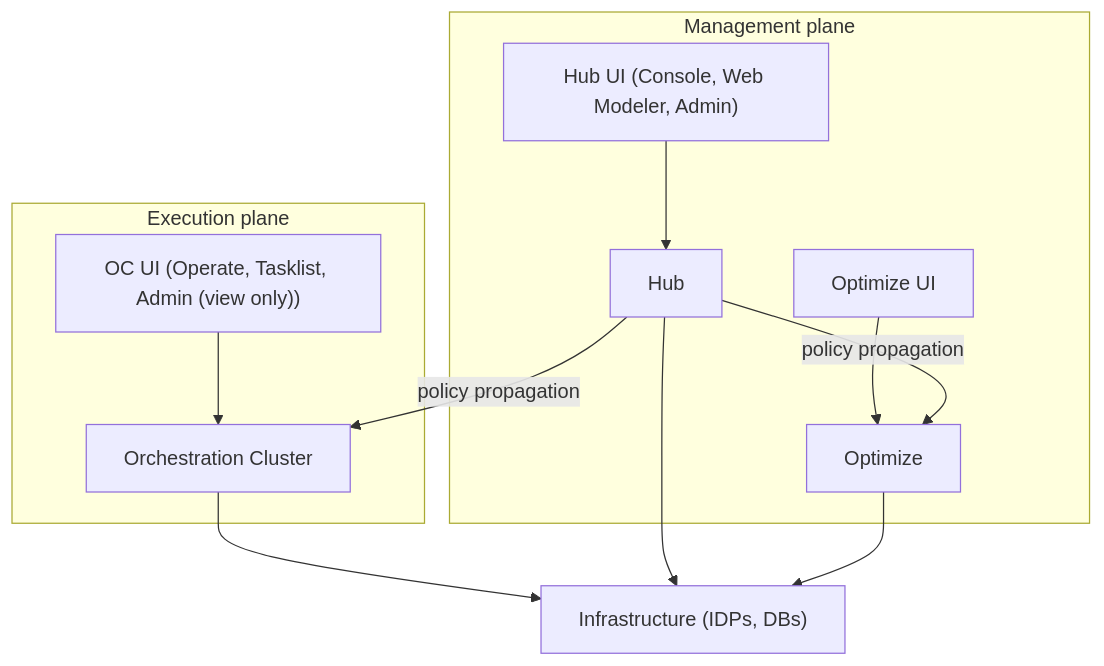
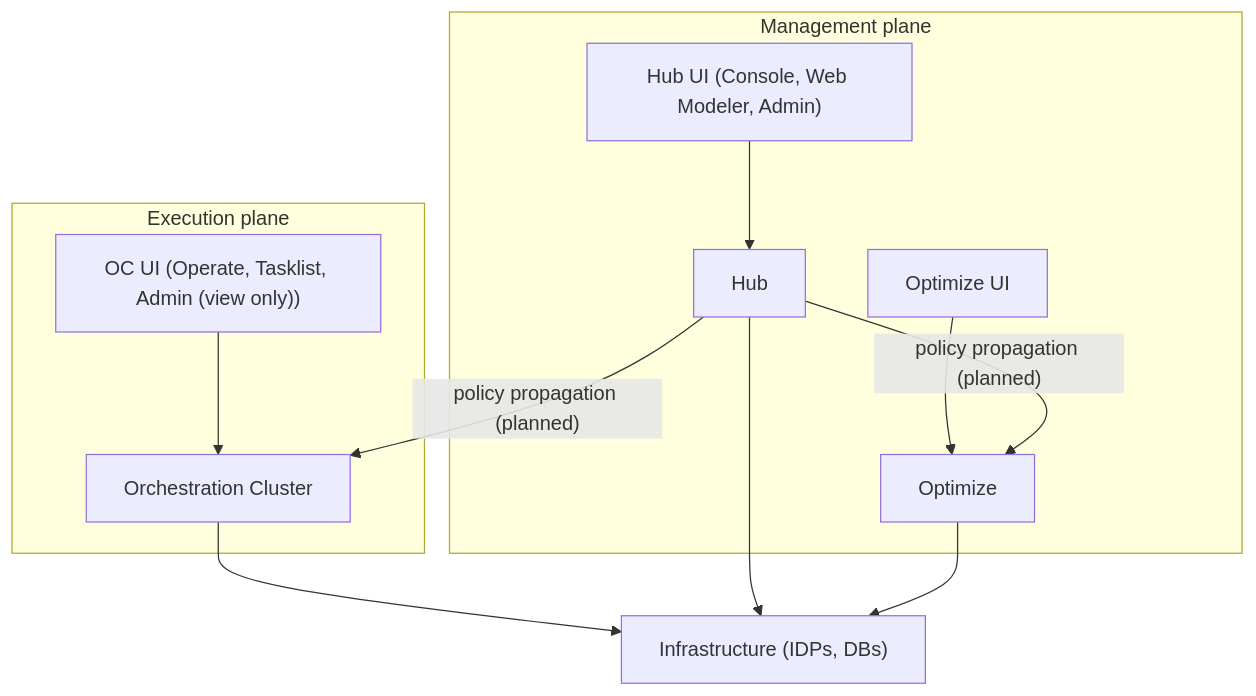
One commit to camunda/camunda-security-library changed the first of 3 diagrams in docs/architecture/04-system-context.md. Above: the diagram before and after it, drawn with Mermaid. The commit also changed other lines of this file and 24 other files, not shown here.

First line of the commit message:
docs(architecture): describe post-8.10 rollout state and retire the Security Engine Framework

````diff
--- a/docs/architecture/04-system-context.md
+++ b/docs/architecture/04-system-context.md
@@ -15,28 +21,28 @@
 ```mermaid
 flowchart TB
 
   subgraph Mgmt["Management plane"]
     HubUi["Hub UI (Console, Web Modeler, Admin)"] 
     Hub["Hub"] 
     OptUi["Optimize UI"]
     Optimize["Optimize"] 
     HubUi --> Hub
     OptUi --> Optimize
   end
 
   subgraph Execution["Execution plane"]
     OcUi["OC UI (Operate, Tasklist, Admin (view only))"]
 
     OC["Orchestration Cluster"]
 
     OcUi --> OC
   end
 
   Infra["Infrastructure (IDPs, DBs)"]
 
-  Hub -->|"policy propagation"| OC
-  Hub -->|"policy propagation"| Optimize
+  Hub -->|"policy propagation (planned)"| OC
+  Hub -->|"policy propagation (planned)"| Optimize
   OC --> Infra
   Hub --> Infra
   Optimize --> Infra
 ```
````
